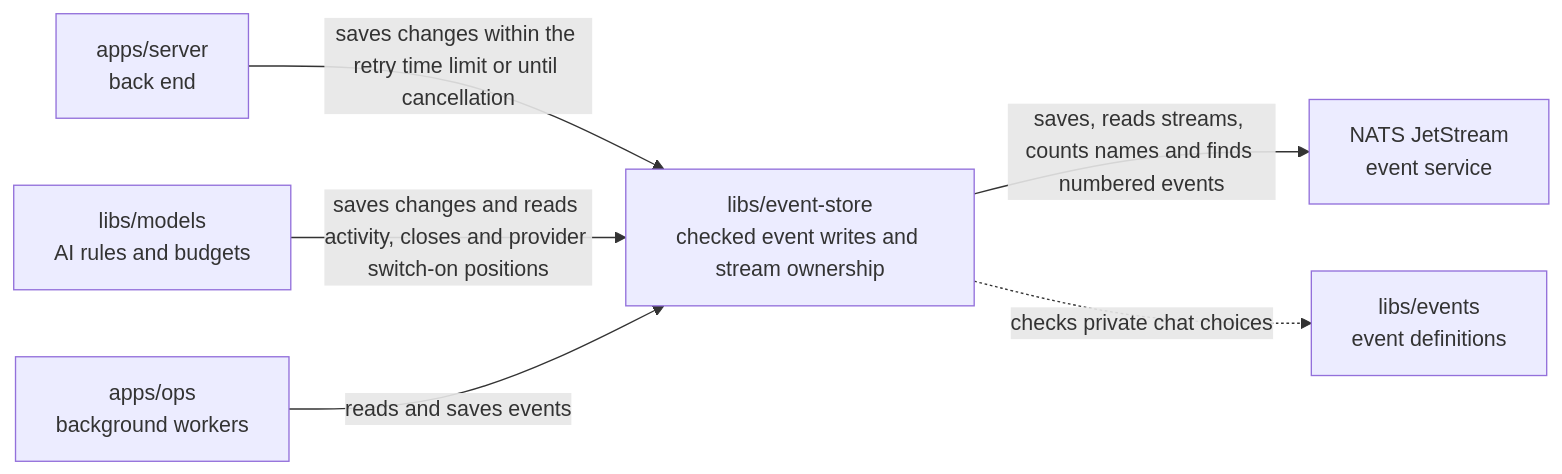
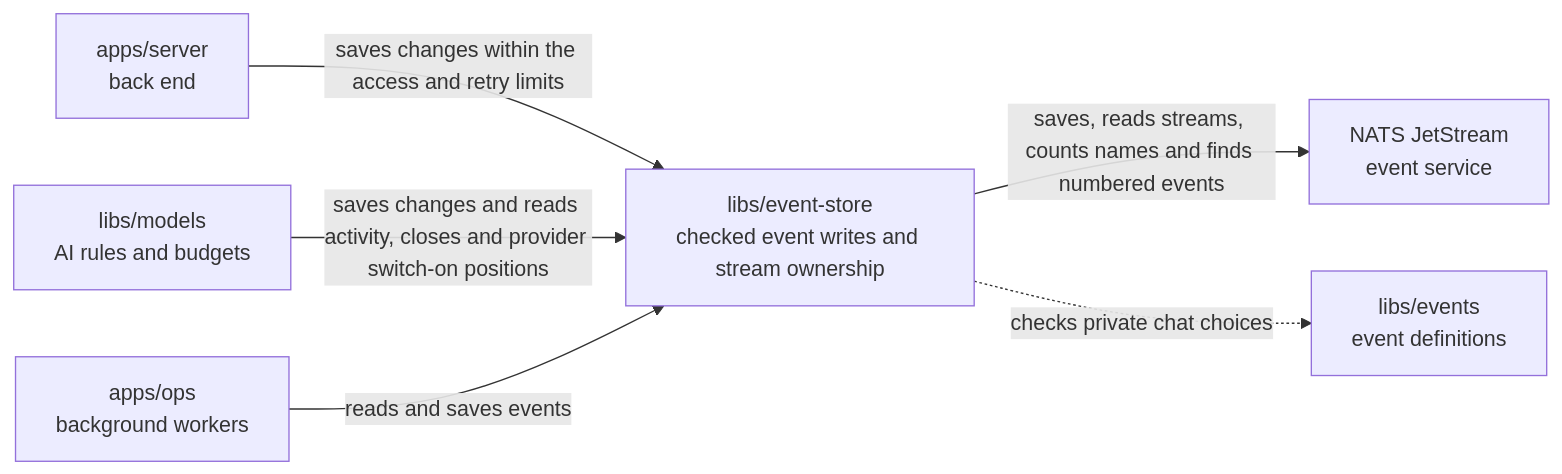
Before and after one commit to elewa-git/opencrane-new: the diagram in libs/event-store/README.md, drawn with Mermaid. The commit also changed other lines of this file and 13 other files, not shown here.

Commit message:
🔒 Bind memory access checks to the conditional store append

````diff
--- a/libs/event-store/README.md
+++ b/libs/event-store/README.md
@@ -22,8 +22,8 @@
 ```mermaid
 flowchart LR
-  server["apps/server<br/>back end"] -->|saves changes within the retry time limit or until cancellation| store["libs/event-store<br/>checked event writes and stream ownership"]
+  server["apps/server<br/>back end"] -->|saves changes within the access and retry limits| store["libs/event-store<br/>checked event writes and stream ownership"]
   models["libs/models<br/>AI rules and budgets"] -->|saves changes and reads activity, closes and provider switch-on positions| store
   ops["apps/ops<br/>background workers"] -->|reads and saves events| store
   store -->|saves, reads streams, counts names and finds numbered events| nats["NATS JetStream<br/>event service"]
   store -.->|checks private chat choices| events["libs/events<br/>event definitions"]
 ```
````
